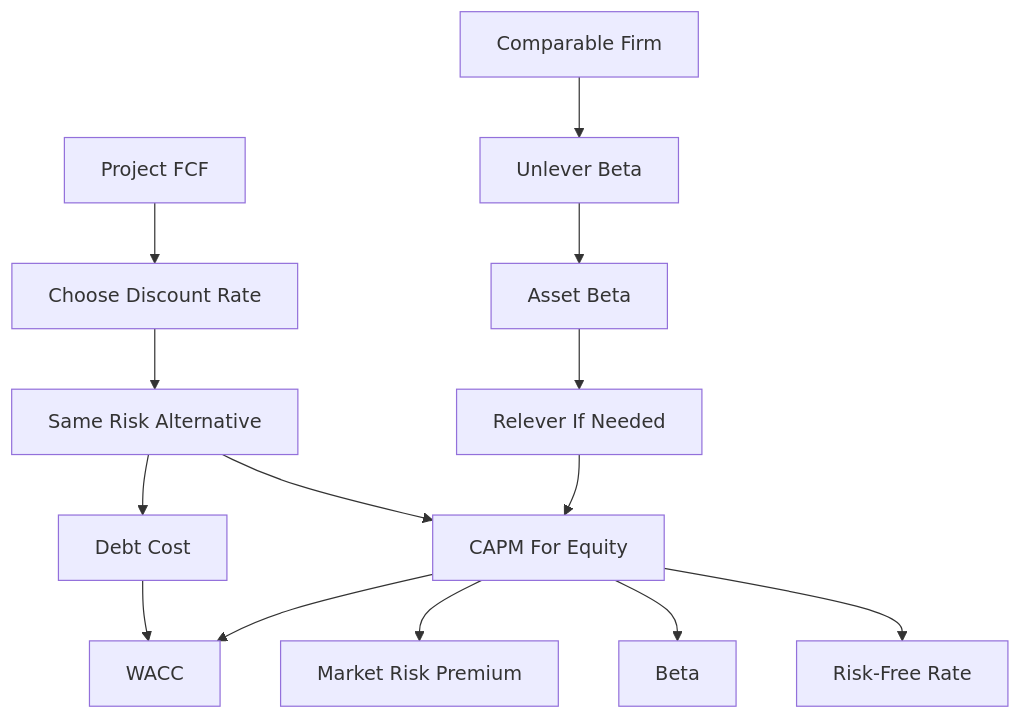
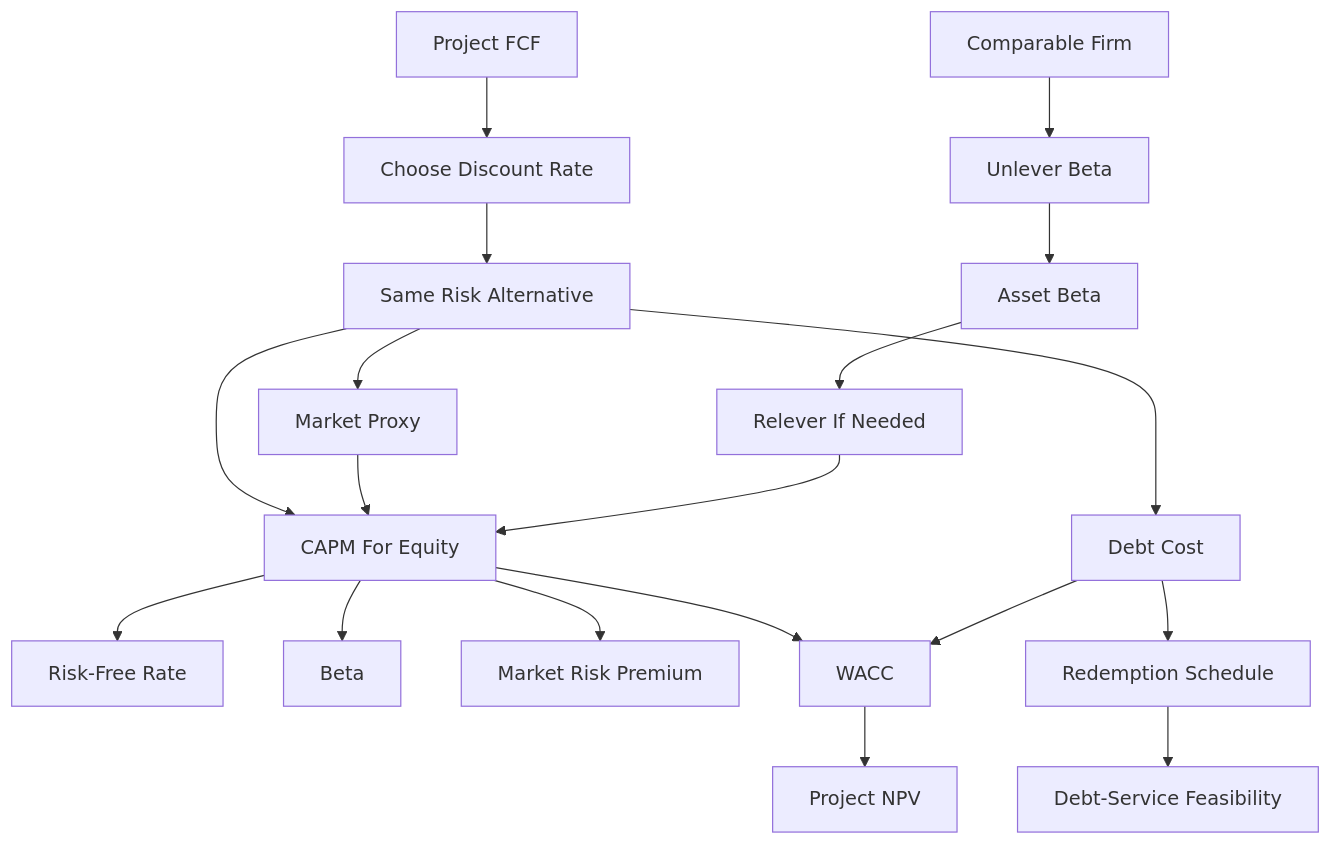
Before and after one commit to aerkn1/TUM-semester-2: the diagram in finance-and-investment-management/wiki/session-07-08-cost-of-capital/CONTEXT.md, drawn with Mermaid. The commit also changed other lines of this file and 29 other files, not shown here.

````diff
--- a/finance-and-investment-management/wiki/session-07-08-cost-of-capital/CONTEXT.md
+++ b/finance-and-investment-management/wiki/session-07-08-cost-of-capital/CONTEXT.md
@@ -90,16 +154,21 @@
 ```mermaid
 flowchart TD
     A[Project FCF] --> B[Choose Discount Rate]
     B --> C[Same Risk Alternative]
     C --> D[CAPM For Equity]
+    C --> MP[Market Proxy]
+    MP --> D
     D --> E[Risk-Free Rate]
     D --> F[Beta]
     D --> G[Market Risk Premium]
     C --> H[Debt Cost]
     D --> I[WACC]
     H --> I
+    I --> NPV[Project NPV]
+    H --> RED[Redemption Schedule]
+    RED --> LIQ[Debt-Service Feasibility]
     J[Comparable Firm] --> K[Unlever Beta]
     K --> L[Asset Beta]
     L --> M[Relever If Needed]
     M --> D
 ```
````
